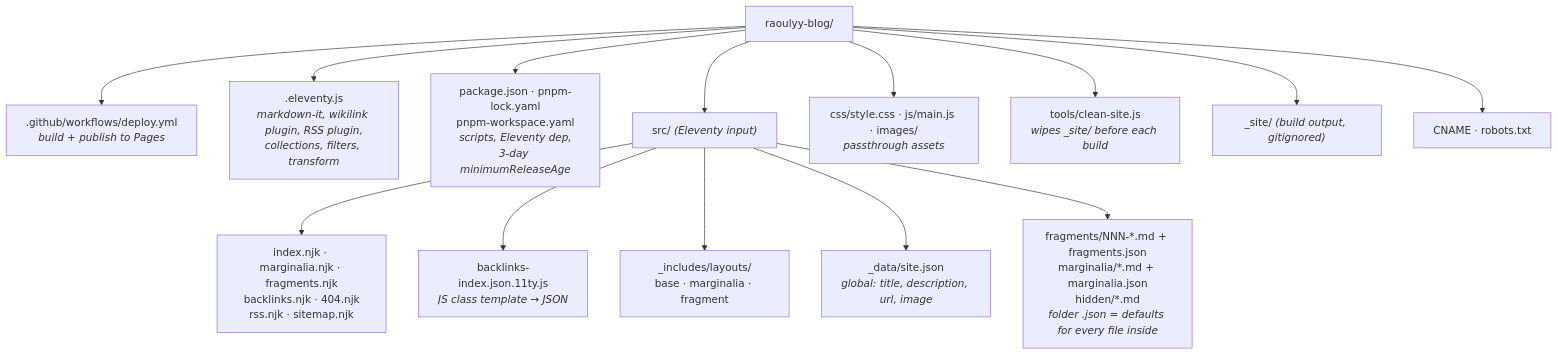
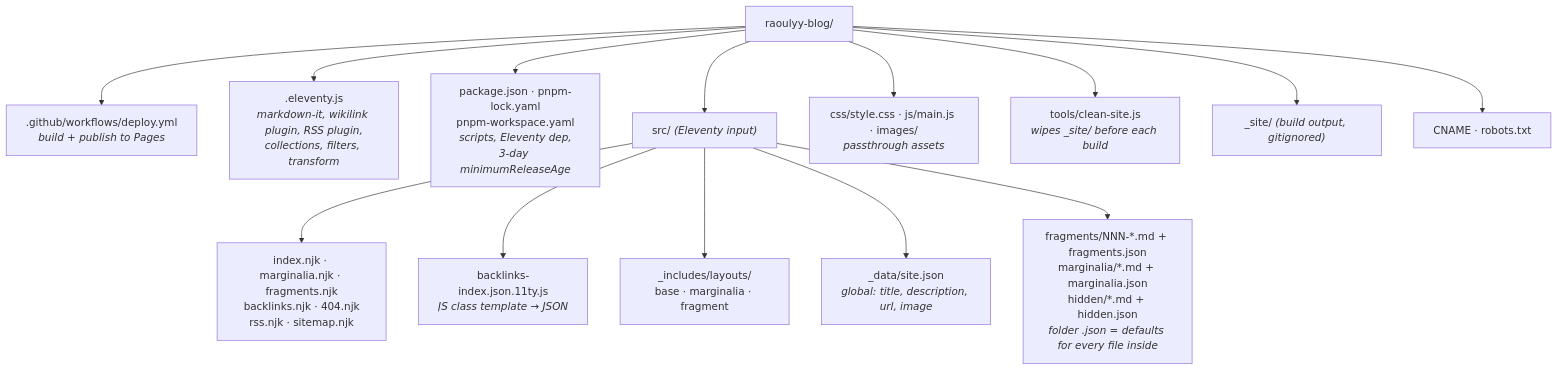
The second of 9 diagrams in ARCHITECTURE.md (raoul-g/raoulyy-blog), drawn with Mermaid before and after one commit. The commit also changed other lines of this file and 4 other files, not shown here.

````diff
--- a/ARCHITECTURE.md
+++ b/ARCHITECTURE.md
@@ -55,19 +55,19 @@
 ```mermaid
 flowchart TB
     ROOT["raoulyy-blog/"]
 
     ROOT --> WF[".github/workflows/deploy.yml<br/><i>build + publish to Pages</i>"]
     ROOT --> CFG[".eleventy.js<br/><i>markdown-it, wikilink plugin, RSS plugin,<br/>collections, filters, transform</i>"]
     ROOT --> PKG["package.json · pnpm-lock.yaml<br/>pnpm-workspace.yaml<br/><i>scripts, Eleventy dep,<br/>3-day minimumReleaseAge</i>"]
     ROOT --> SRC["src/ <i>(Eleventy input)</i>"]
     ROOT --> ASSETS["css/style.css · js/main.js · images/<br/><i>passthrough assets</i>"]
     ROOT --> TOOLS["tools/clean-site.js<br/><i>wipes _site/ before each build</i>"]
     ROOT --> OUT["_site/ <i>(build output, gitignored)</i>"]
     ROOT --> MISC["CNAME · robots.txt"]
 
     SRC --> PAGES_["index.njk · marginalia.njk · fragments.njk<br/>backlinks.njk · 404.njk<br/>rss.njk · sitemap.njk"]
     SRC --> JSONT["backlinks-index.json.11ty.js<br/><i>JS class template → JSON</i>"]
     SRC --> LAYOUTS["_includes/layouts/<br/>base · marginalia · fragment"]
     SRC --> DATA["_data/site.json<br/><i>global: title, description, url, image</i>"]
-    SRC --> CONTENT["fragments/NNN-*.md + fragments.json<br/>marginalia/*.md + marginalia.json<br/>hidden/*.md<br/><i>folder .json = defaults for every file inside</i>"]
+    SRC --> CONTENT["fragments/NNN-*.md + fragments.json<br/>marginalia/*.md + marginalia.json<br/>hidden/*.md + hidden.json<br/><i>folder .json = defaults for every file inside</i>"]
 ```
````
